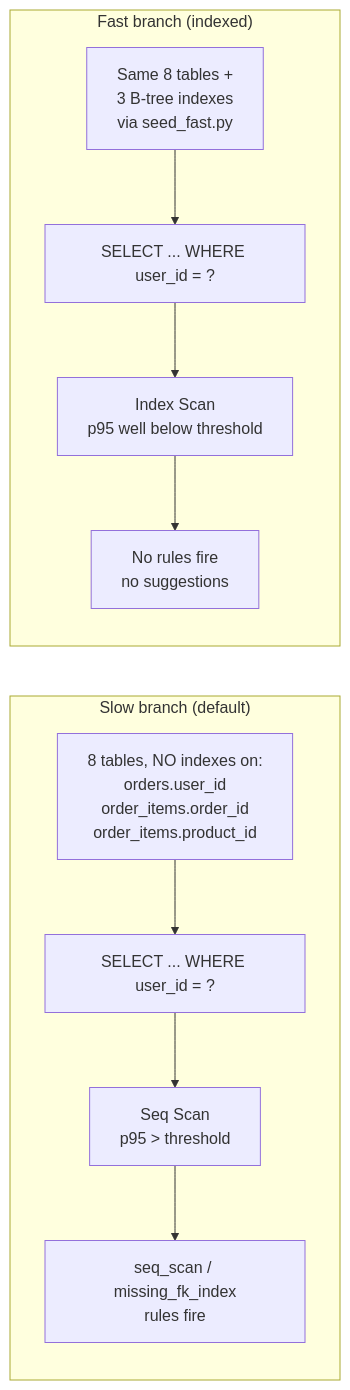
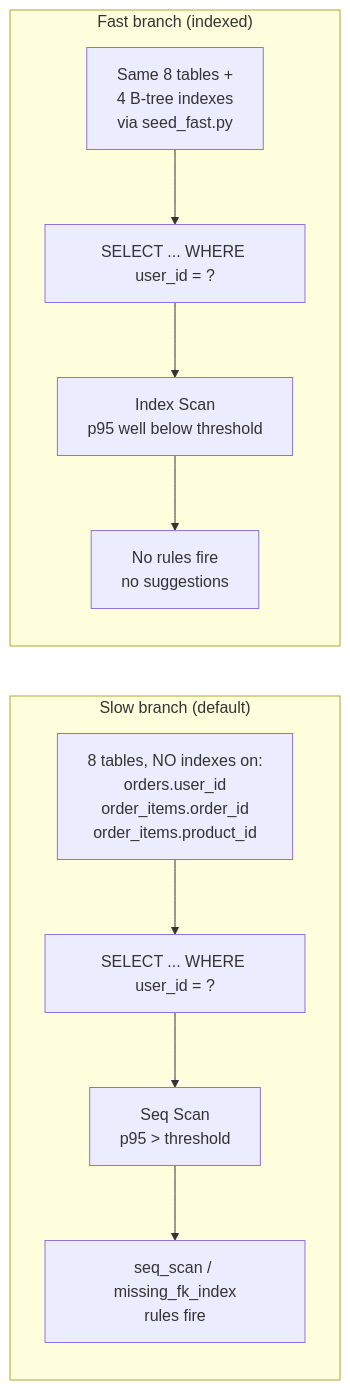
One commit to Abdul-Muizz1310/slowquery-demo-backend changed the third of 5 diagrams in docs/ARCHITECTURE.md. Above: the diagram before and after it, drawn with Mermaid. The commit also changed other lines of this file and 34 other files, not shown here.

````diff
--- a/docs/ARCHITECTURE.md
+++ b/docs/ARCHITECTURE.md
@@ -84,18 +89,18 @@
 ```mermaid
 flowchart LR
     subgraph slow["Slow branch (default)"]
         S_Tables["8 tables, NO indexes on:<br/>orders.user_id<br/>order_items.order_id<br/>order_items.product_id"]
         S_Query["SELECT ... WHERE user_id = ?"]
         S_Plan["Seq Scan<br/>p95 > threshold"]
         S_Rule["seq_scan / missing_fk_index<br/>rules fire"]
         S_Tables --> S_Query --> S_Plan --> S_Rule
     end
 
     subgraph fast["Fast branch (indexed)"]
-        F_Tables["Same 8 tables +<br/>3 B-tree indexes<br/>via seed_fast.py"]
+        F_Tables["Same 8 tables +<br/>4 B-tree indexes<br/>via seed_fast.py"]
         F_Query["SELECT ... WHERE user_id = ?"]
         F_Plan["Index Scan<br/>p95 well below threshold"]
         F_None["No rules fire<br/>no suggestions"]
         F_Tables --> F_Query --> F_Plan --> F_None
     end
 ```
````
